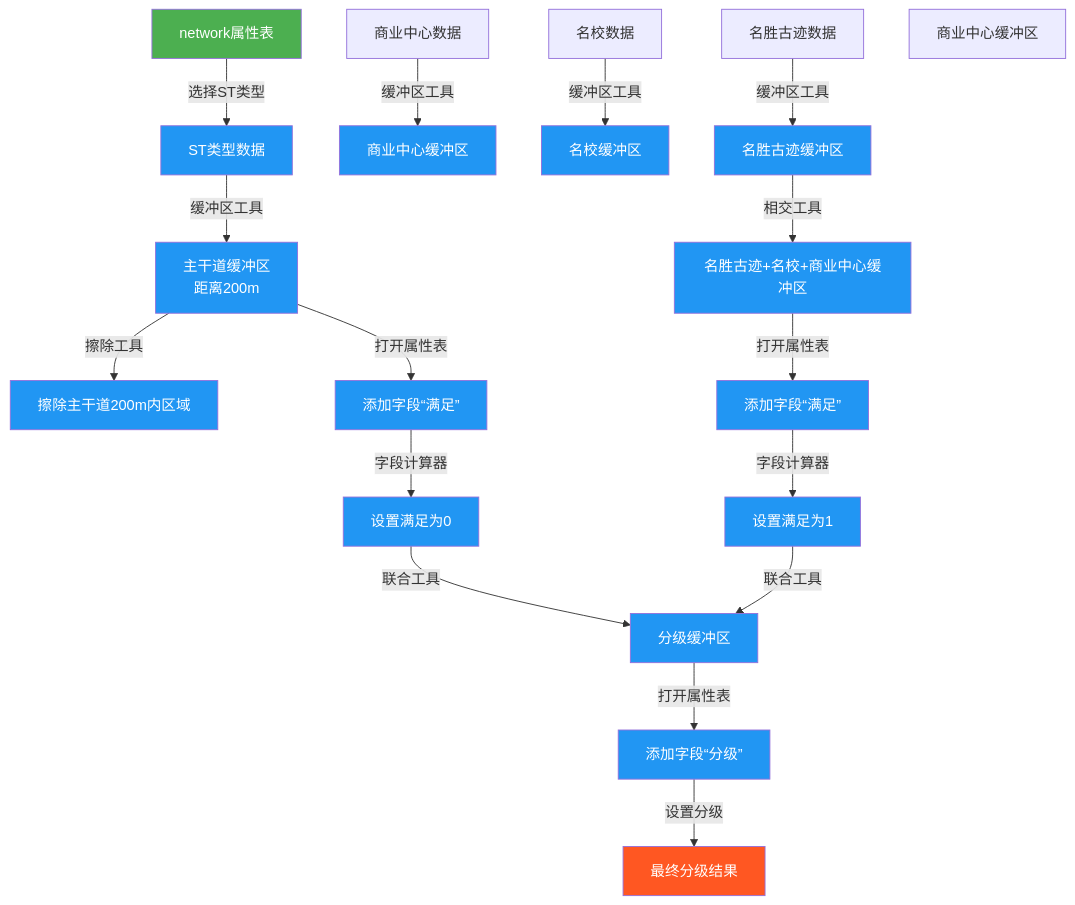
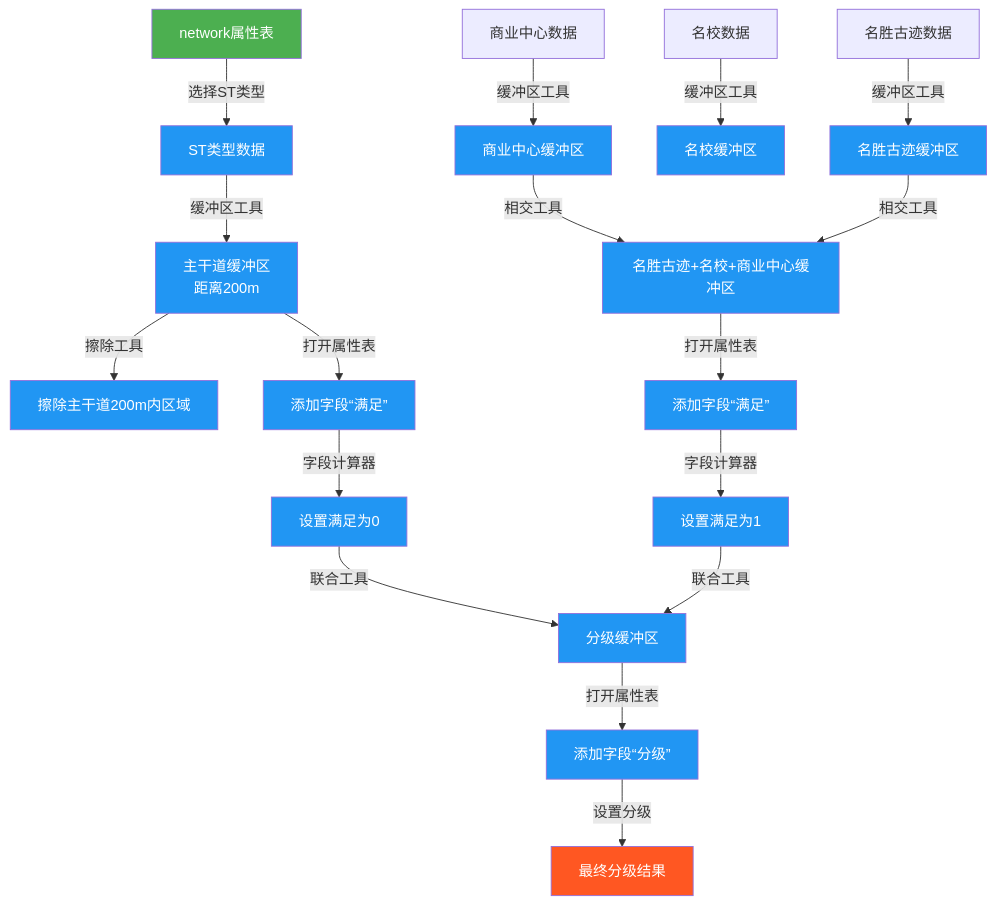
Before and after one commit to newguser/iodraw-files: the diagram in all/未命名.md, drawn with Mermaid.

Commit message:
2025-02-27 20:25:32 update

````diff
--- a/all/未命名.md
+++ b/all/未命名.md
@@ -1,25 +1,25 @@
 ```mermaid
 graph TD
 
         A1[network属性表] -->|选择ST类型| A2[ST类型数据]
         A2 -->|缓冲区工具| A3[主干道缓冲区<br>距离200m]
         B1[商业中心数据] -->|缓冲区工具| B2[商业中心缓冲区]
         C1[名校数据] -->|缓冲区工具| C2[名校缓冲区]
 
         D1[名胜古迹数据] -->|缓冲区工具| D2[名胜古迹缓冲区]
-        B2B2[商业中心缓冲区]
+        B2[商业中心缓冲区]-->|相交工具| E1[名胜古迹+名校+商业中心缓冲区]
         D2 -->|相交工具| E1[名胜古迹+名校+商业中心缓冲区]
         A3 -->|擦除工具| E2[擦除主干道200m内区域]
         E1 -->|打开属性表| E3[添加字段“满足”]
         E3 -->|字段计算器| E4[设置满足为1]
         A3 -->|打开属性表| E5[添加字段“满足”]
         E5 -->|字段计算器| E6[设置满足为0]
         E4 -->|联合工具| E7[分级缓冲区]
         E6 -->|联合工具| E7
         E7 -->|打开属性表| E8[添加字段“分级”]
         E8 -->|设置分级| E9[最终分级结果]
     style A1 fill:#4CAF50,color:white
     style E9 fill:#FF5722,color:white
     classDef process fill:#2196F3,color:white;
     class A2,A3,B2,C2,D2,E1,E2,E3,E4,E5,E6,E7,E8 process
 ```
````
